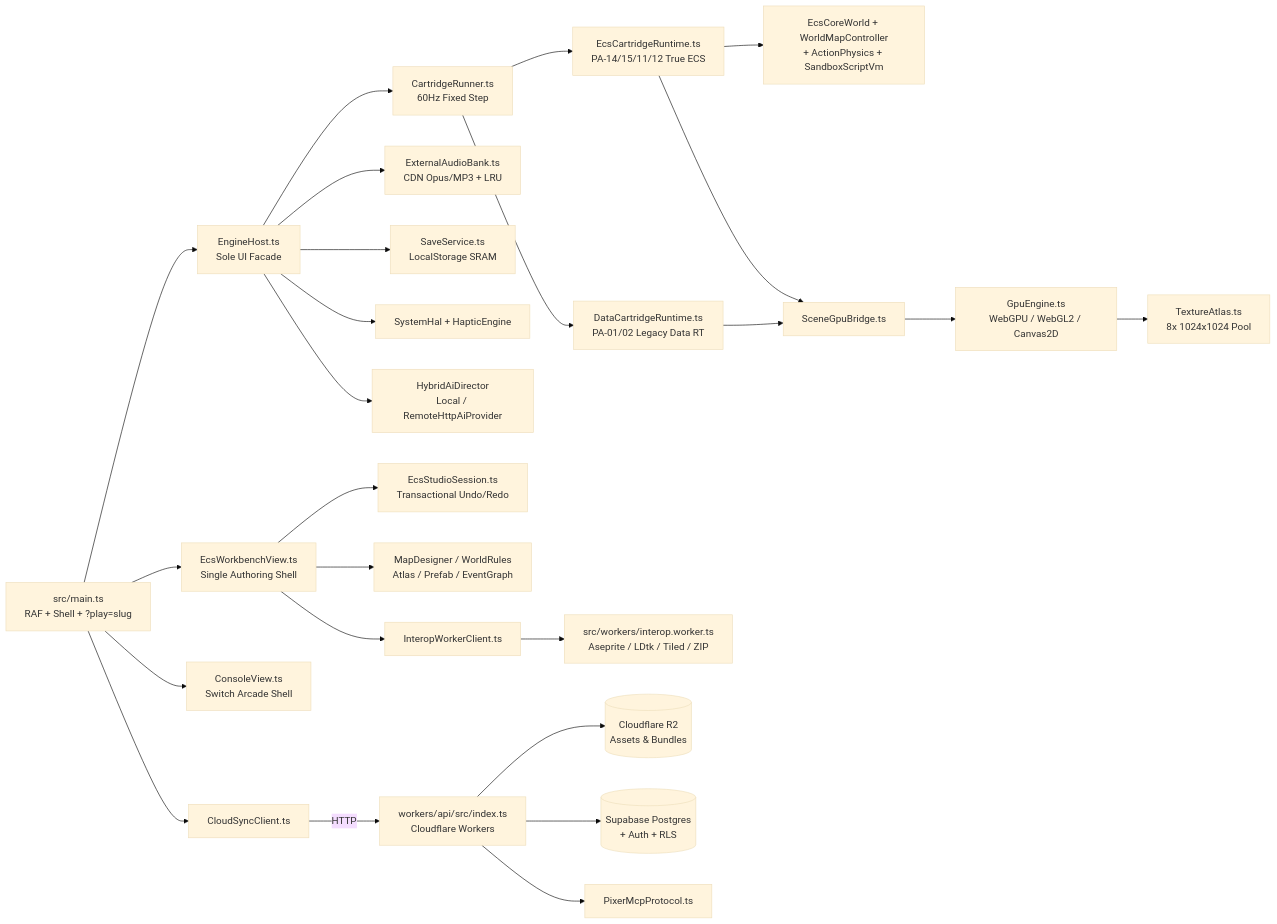
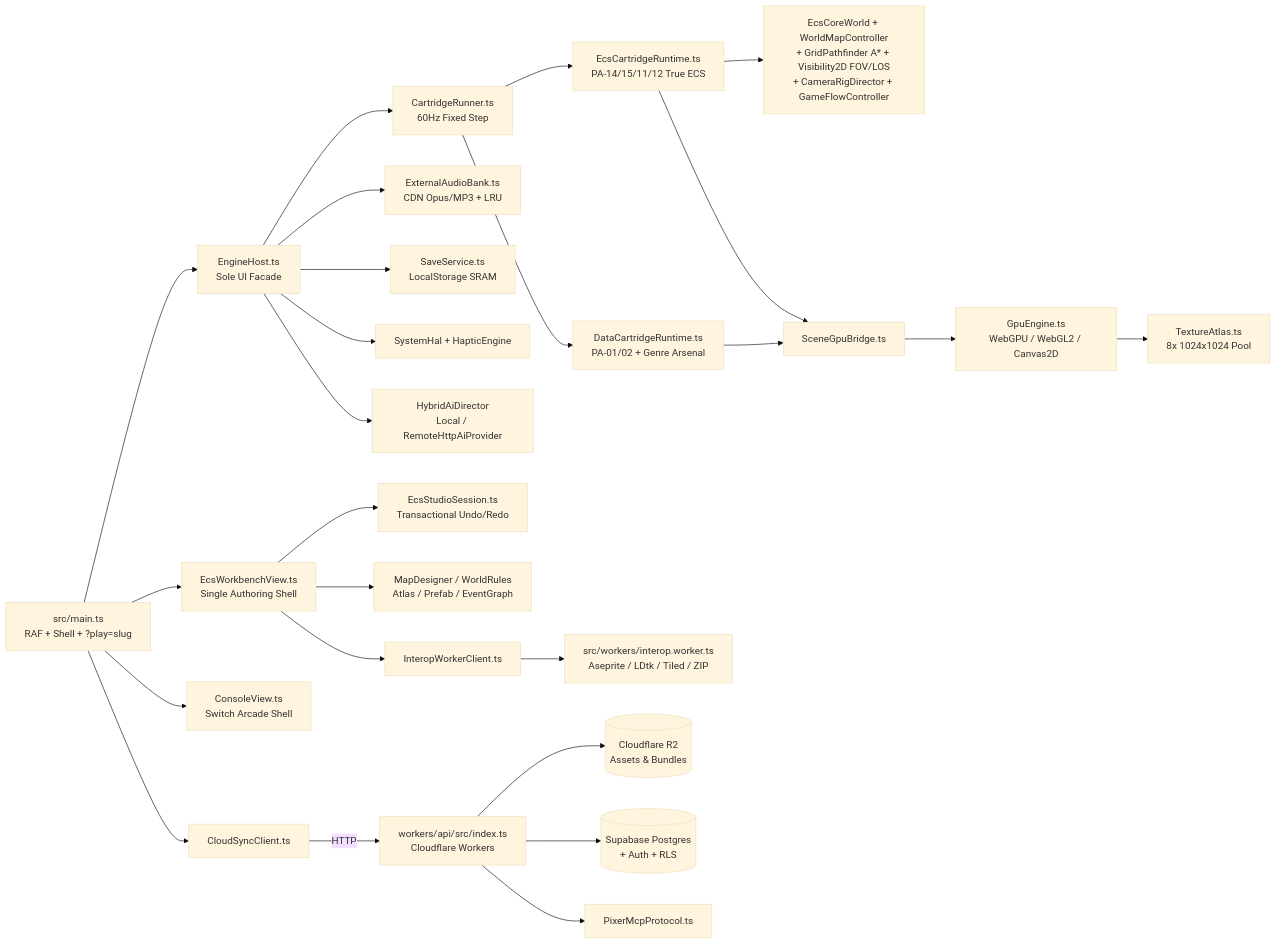
One commit to xiaotommy65-cyber/Pixer changed the diagram in docs/CODEBASE_MAP.md. Above: the diagram before and after it, drawn with Mermaid (base theme). The commit also changed other lines of this file and 13 other files, not shown here.

Commit message:
feat(engine): restore Card/Fighter genre engines and wire A*, FOV, CameraRig & GameFlow into True ECS (Phase 4) (#10)

````diff
--- a/docs/CODEBASE_MAP.md
+++ b/docs/CODEBASE_MAP.md
@@ -10,32 +10,32 @@
 ```mermaid
 flowchart LR
   Main[src/main.ts<br/>RAF + Shell + ?play=slug] --> Host[EngineHost.ts<br/>Sole UI Facade]
   Main --> Workbench[EcsWorkbenchView.ts<br/>Single Authoring Shell]
   Main --> Console[ConsoleView.ts<br/>Switch Arcade Shell]
   Main --> Cloud[CloudSyncClient.ts]
 
   Host --> Runner[CartridgeRunner.ts<br/>60Hz Fixed Step]
   Host --> Audio[ExternalAudioBank.ts<br/>CDN Opus/MP3 + LRU]
   Host --> Save[SaveService.ts<br/>LocalStorage SRAM]
   Host --> HAL[SystemHal + HapticEngine]
   Host --> AI[HybridAiDirector<br/>Local / RemoteHttpAiProvider]
 
   Runner --> EcsRT[EcsCartridgeRuntime.ts<br/>PA-14/15/11/12 True ECS]
-  Runner --> DataRT[DataCartridgeRuntime.ts<br/>PA-01/02 Legacy Data RT]
+  Runner --> DataRT[DataCartridgeRuntime.ts<br/>PA-01/02 + Genre Arsenal]
 
-  EcsRT --> EcsWorld[EcsCoreWorld + WorldMapController<br/>+ ActionPhysics + SandboxScriptVm]
+  EcsRT --> EcsWorld[EcsCoreWorld + WorldMapController<br/>+ GridPathfinder A* + Visibility2D FOV/LOS<br/>+ CameraRigDirector + GameFlowController]
   EcsRT --> Bridge[SceneGpuBridge.ts]
   DataRT --> Bridge
   Bridge --> GPU[GpuEngine.ts<br/>WebGPU / WebGL2 / Canvas2D]
   GPU --> Atlas[TextureAtlas.ts<br/>8x 1024x1024 Pool]
 
   Workbench --> Session[EcsStudioSession.ts<br/>Transactional Undo/Redo]
   Workbench --> Panels[MapDesigner / WorldRules<br/>Atlas / Prefab / EventGraph]
   Workbench --> WorkerClient[InteropWorkerClient.ts]
   WorkerClient --> Worker[src/workers/interop.worker.ts<br/>Aseprite / LDtk / Tiled / ZIP]
 
   Cloud -->|HTTP| EdgeAPI[workers/api/src/index.ts<br/>Cloudflare Workers]
   EdgeAPI --> R2[(Cloudflare R2<br/>Assets & Bundles)]
   EdgeAPI --> Supa[(Supabase Postgres<br/>+ Auth + RLS)]
   EdgeAPI --> MCP[PixerMcpProtocol.ts]
 ```
````
